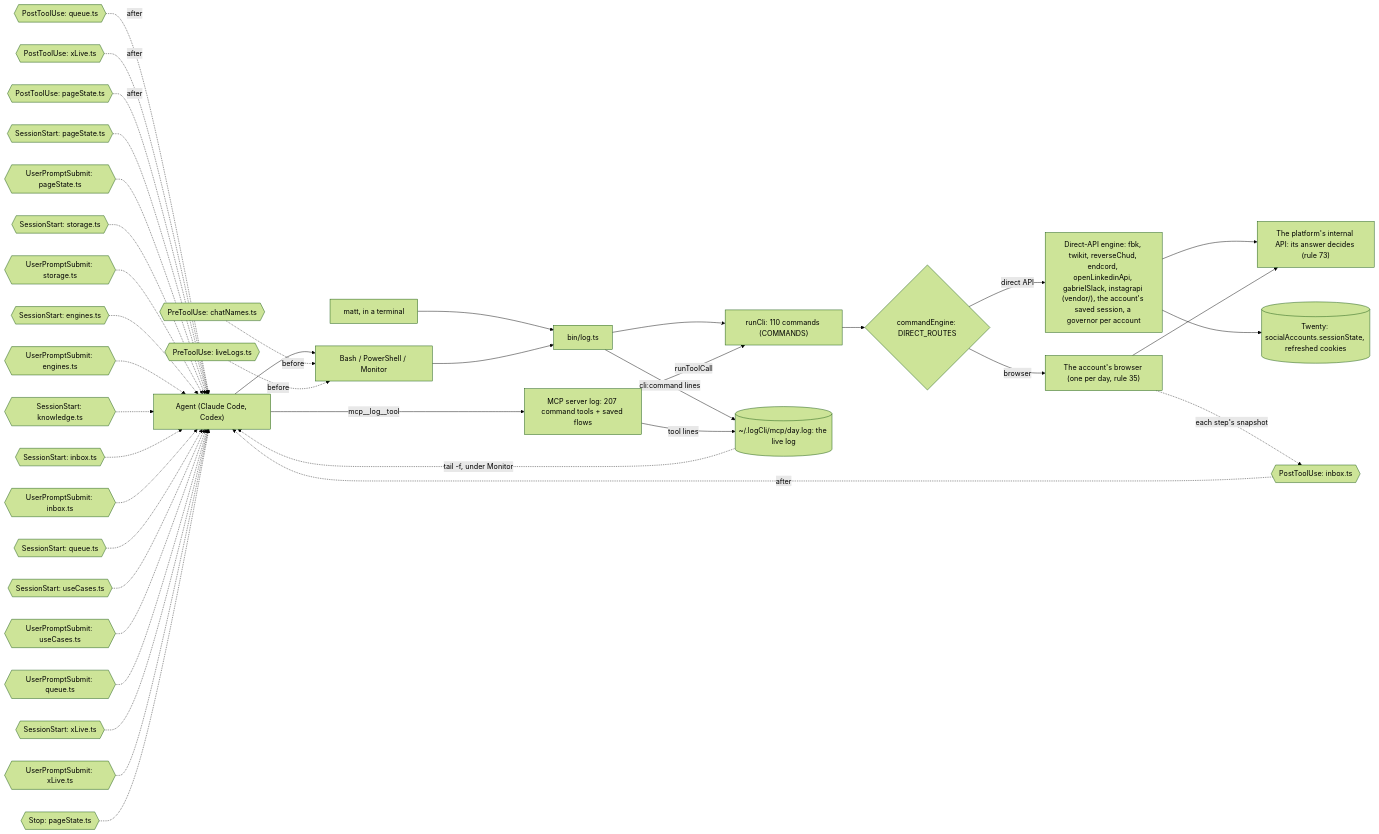
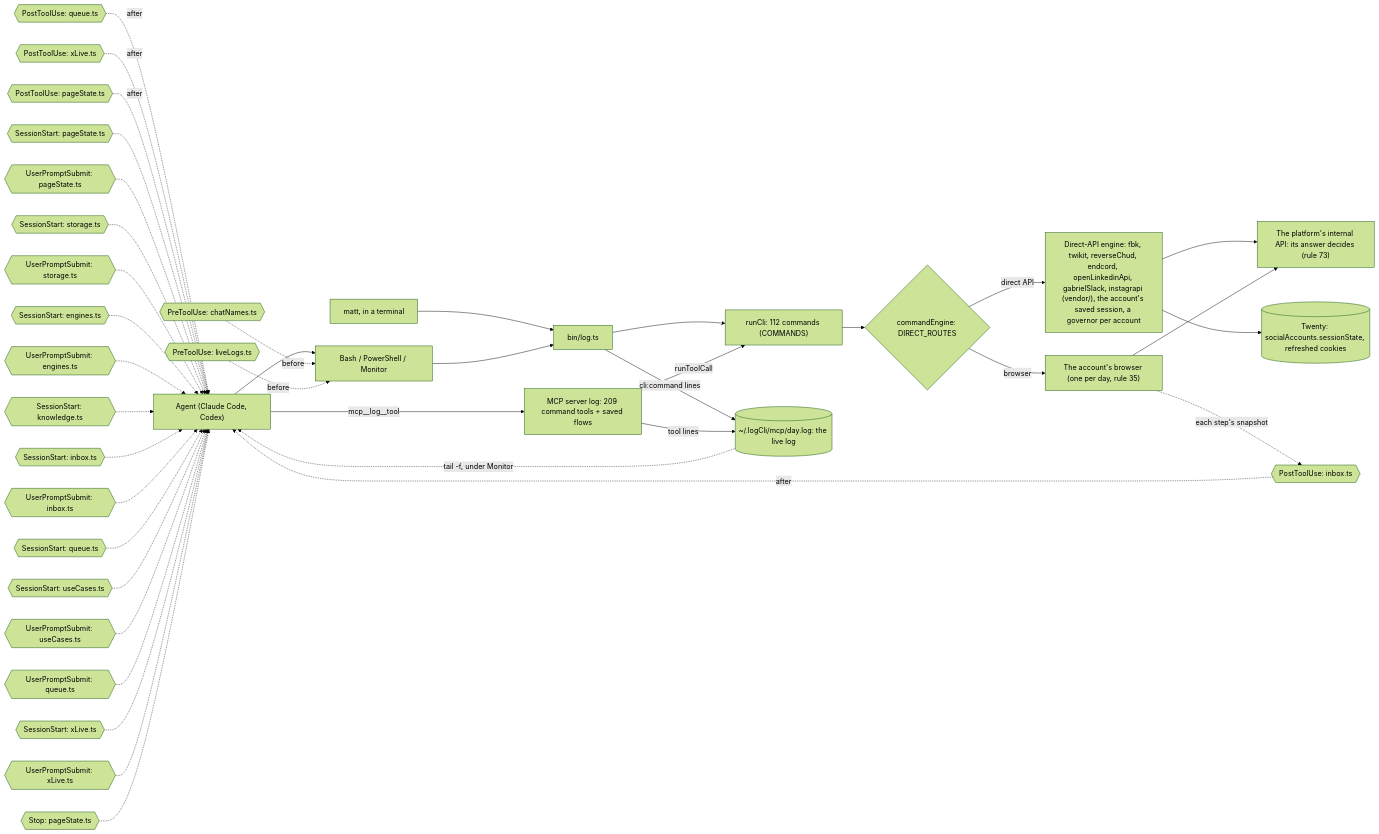
Before and after one commit to matthewdonsemail-lab/log: the diagram in docs/diagrams/surface.mmd, drawn with Mermaid (forest theme). The commit also changed 45 other files, not shown here.

```diff
--- a/docs/diagrams/surface.mmd
+++ b/docs/diagrams/surface.mmd
@@ -1,53 +1,53 @@
 %% How a call reaches log-cli. From a shell or over MCP, both run the same commands through `runCli`, write the same live log, and pass through the same hooks. `commandEngine` sends each command to the platform's direct API or to the account's browser.
 %% Written by `bun run docs:build` from the code (rule 56). Not edited by hand.
 flowchart LR
   agent["Agent (Claude Code, Codex)"]
   matt["matt, in a terminal"]
   shell["Bash / PowerShell / Monitor"]
-  mcp["MCP server log: 207 command tools + saved flows"]
+  mcp["MCP server log: 209 command tools + saved flows"]
   bin["bin/log.ts"]
-  runCli["runCli: 110 commands (COMMANDS)"]
+  runCli["runCli: 112 commands (COMMANDS)"]
   live[("~/.logCli/mcp/day.log: the live log")]
   engine{"commandEngine: DIRECT_ROUTES"}
   direct["Direct-API engine: fbk, twikit, reverseChud, endcord, openLinkedinApi, gabrielSlack, instagrapi (vendor/), the account's saved session, a governor per account"]
   browser["The account's browser (one per day, rule 35)"]
   api["The platform's internal API: its answer decides (rule 73)"]
   twenty[("Twenty: socialAccounts.sessionState, refreshed cookies")]
   agent --> shell
   matt --> bin
   shell --> bin
   agent -->|mcp__log__tool| mcp
   bin --> runCli
   mcp -->|runToolCall| runCli
   runCli --> engine
   engine -->|direct API| direct
   engine -->|browser| browser
   direct --> api
   browser --> api
   direct --> twenty
   bin -->|cli:command lines| live
   mcp -->|tool lines| live
   live -.->|tail -f, under Monitor| agent
   pre0{{"PreToolUse: chatNames.ts"}} -.->|before| shell
   pre1{{"PreToolUse: liveLogs.ts"}} -.->|before| shell
   post0{{"PostToolUse: inbox.ts"}} -.->|after| agent
   post1{{"PostToolUse: queue.ts"}} -.->|after| agent
   post2{{"PostToolUse: xLive.ts"}} -.->|after| agent
   post3{{"PostToolUse: pageState.ts"}} -.->|after| agent
   turn0{{"SessionStart: pageState.ts"}} -.-> agent
   turn1{{"UserPromptSubmit: pageState.ts"}} -.-> agent
   turn2{{"SessionStart: storage.ts"}} -.-> agent
   turn3{{"UserPromptSubmit: storage.ts"}} -.-> agent
   turn4{{"SessionStart: engines.ts"}} -.-> agent
   turn5{{"UserPromptSubmit: engines.ts"}} -.-> agent
   turn6{{"SessionStart: knowledge.ts"}} -.-> agent
   turn7{{"SessionStart: inbox.ts"}} -.-> agent
   turn8{{"UserPromptSubmit: inbox.ts"}} -.-> agent
   turn9{{"SessionStart: queue.ts"}} -.-> agent
   turn10{{"SessionStart: useCases.ts"}} -.-> agent
   turn11{{"UserPromptSubmit: useCases.ts"}} -.-> agent
   turn12{{"UserPromptSubmit: queue.ts"}} -.-> agent
   turn13{{"SessionStart: xLive.ts"}} -.-> agent
   turn14{{"UserPromptSubmit: xLive.ts"}} -.-> agent
   turn15{{"Stop: pageState.ts"}} -.-> agent
   browser -.->|each step's snapshot| post0
```
